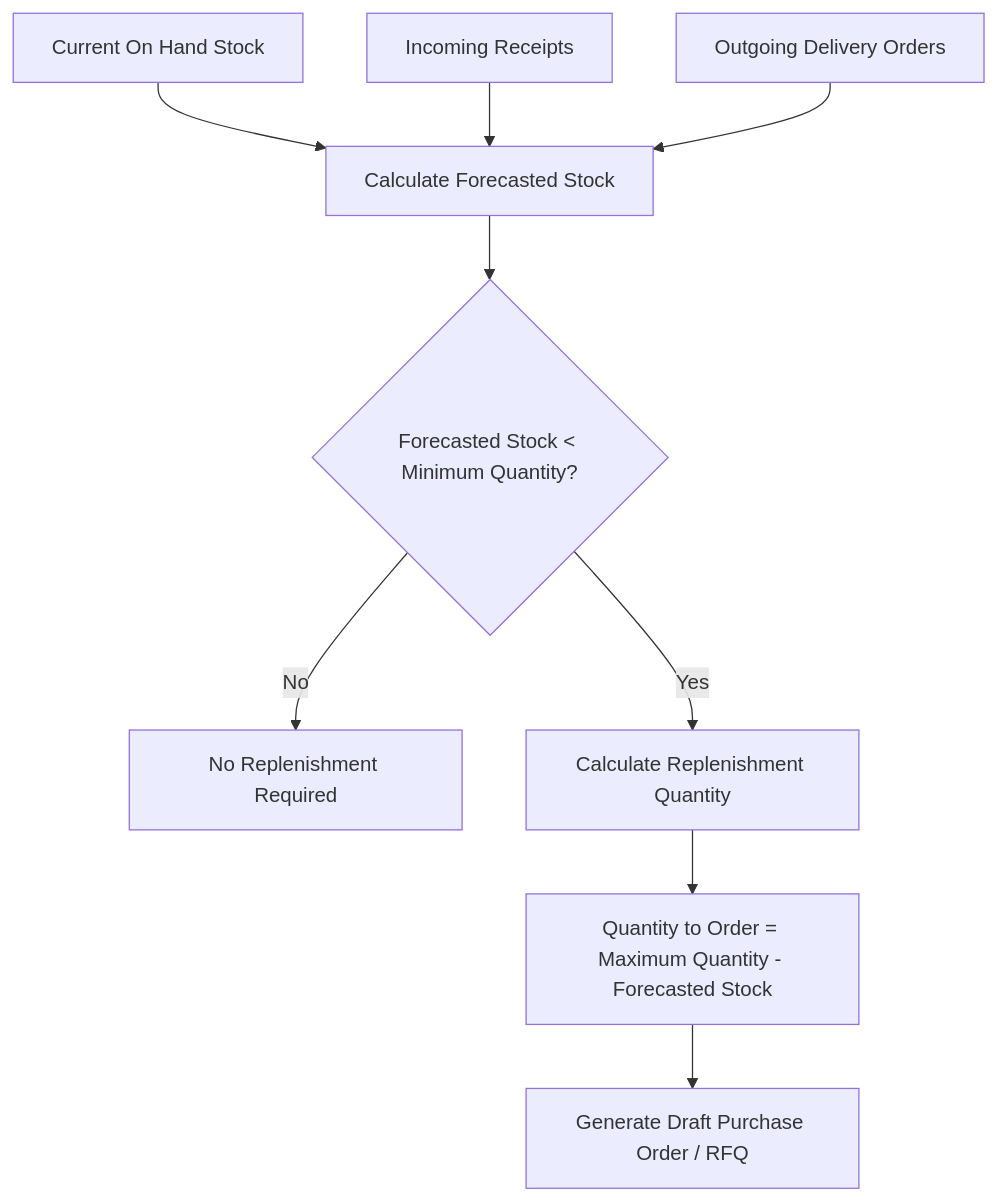
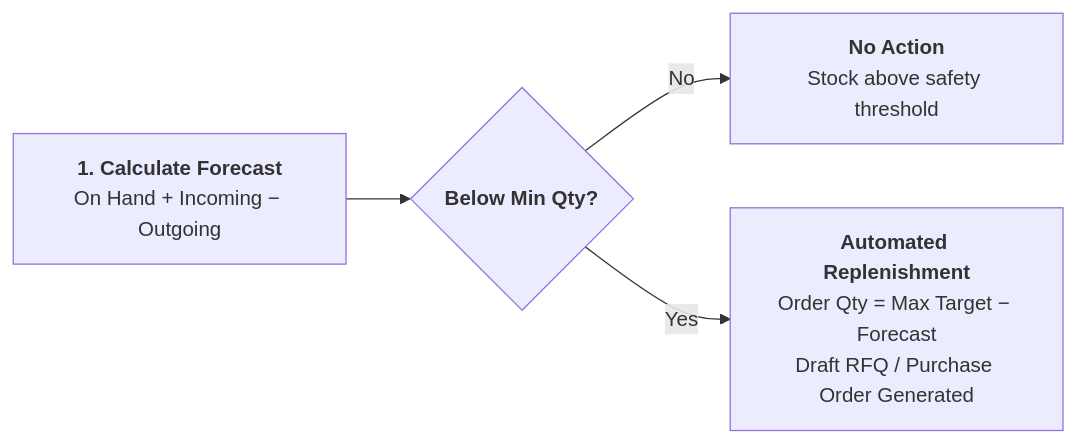
One commit to ManfredNelvin-Dev/curq-documentation changed the first of 2 diagrams in docs/Inventory/core-concepts/02-understanding-reordering-rules-and-lead-times.md. Above: the diagram before and after it, drawn with Mermaid. The commit also changed other lines of this file and 33 other files, not shown here.

Commit message:
feat(inventory): align Inventory documentation with Diátaxis architecture and consolidated settings

````diff
--- a/docs/Inventory/core-concepts/02-understanding-reordering-rules-and-lead-times.md
+++ b/docs/Inventory/core-concepts/02-understanding-reordering-rules-and-lead-times.md
@@ -15,11 +15,10 @@
 ```mermaid
-flowchart TD
-    A[Current On Hand Stock] --> B[Calculate Forecasted Stock]
-    C[Incoming Receipts] --> B
-    D[Outgoing Delivery Orders] --> B
-    B --> E{Forecasted Stock < Minimum Quantity?}
-    E -->|No| F[No Replenishment Required]
-    E -->|Yes| G[Calculate Replenishment Quantity]
-    G --> H[Quantity to Order = Maximum Quantity - Forecasted Stock]
-    H --> I[Generate Draft Purchase Order / RFQ]
+flowchart LR
+    A["`**1. Calculate Forecast**
+    On Hand + Incoming − Outgoing`"] --> B{"`**Below Min Qty?**`"}
+    B -->|No| C["`**No Action**
+    Stock above safety threshold`"]
+    B -->|Yes| D["`**Automated Replenishment**
+    Order Qty = Max Target − Forecast
+    Draft RFQ / Purchase Order Generated`"]
 ```
````
